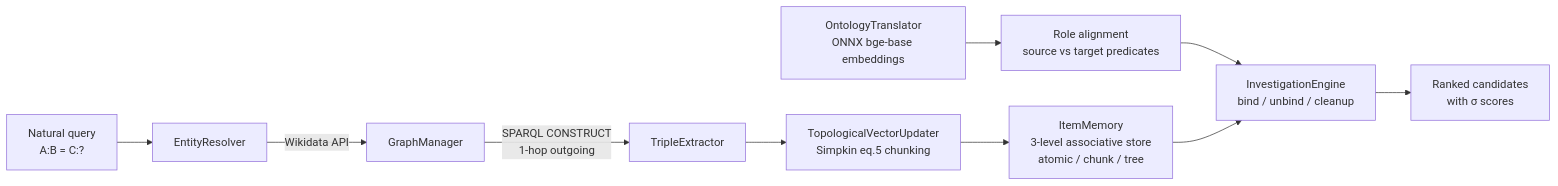
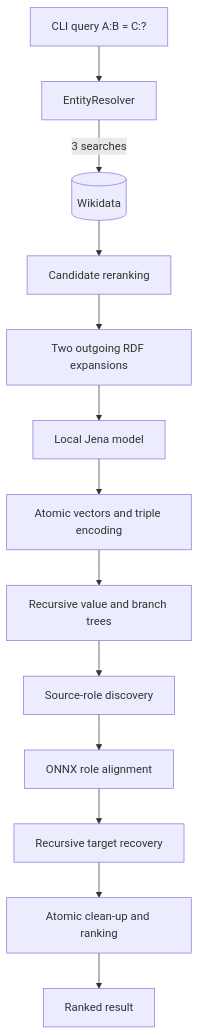
One commit to ant-ctrl-win/neuro-semantic-investigator changed the diagram in README.md. Above: the diagram before and after it, drawn with Mermaid. The commit also changed other lines of this file and 2 other files, not shown here.

````diff
--- a/README.md
+++ b/README.md
@@ -89,12 +109,15 @@
 ```mermaid
-flowchart LR
-    A[Natural query<br/>A:B = C:?] --> B[EntityResolver]
-    B -->|Wikidata API| C[GraphManager]
-    C -->|SPARQL CONSTRUCT<br/>1-hop outgoing| D[TripleExtractor]
-    D --> E[TopologicalVectorUpdater<br/>Simpkin eq.5 chunking]
-    E --> F[ItemMemory<br/>3-level associative store<br/>atomic / chunk / tree]
-    G[OntologyTranslator<br/>ONNX bge-base embeddings] --> H[Role alignment<br/>source vs target predicates]
-    H --> I[InvestigationEngine<br/>bind / unbind / cleanup]
-    F --> I
-    I --> J[Ranked candidates<br/>with σ scores]
+flowchart TD
+    A[CLI query A:B = C:?] --> B[EntityResolver]
+    B -->|3 searches| W[(Wikidata)]
+    W --> C[Candidate reranking]
+    C --> D[Two outgoing RDF expansions]
+    D --> E[Local Jena model]
+    E --> F[Atomic vectors and triple encoding]
+    F --> G[Recursive value and branch trees]
+    G --> H[Source-role discovery]
+    H --> I[ONNX role alignment]
+    I --> J[Recursive target recovery]
+    J --> K[Atomic clean-up and ranking]
+    K --> L[Ranked result]
 ```
````
